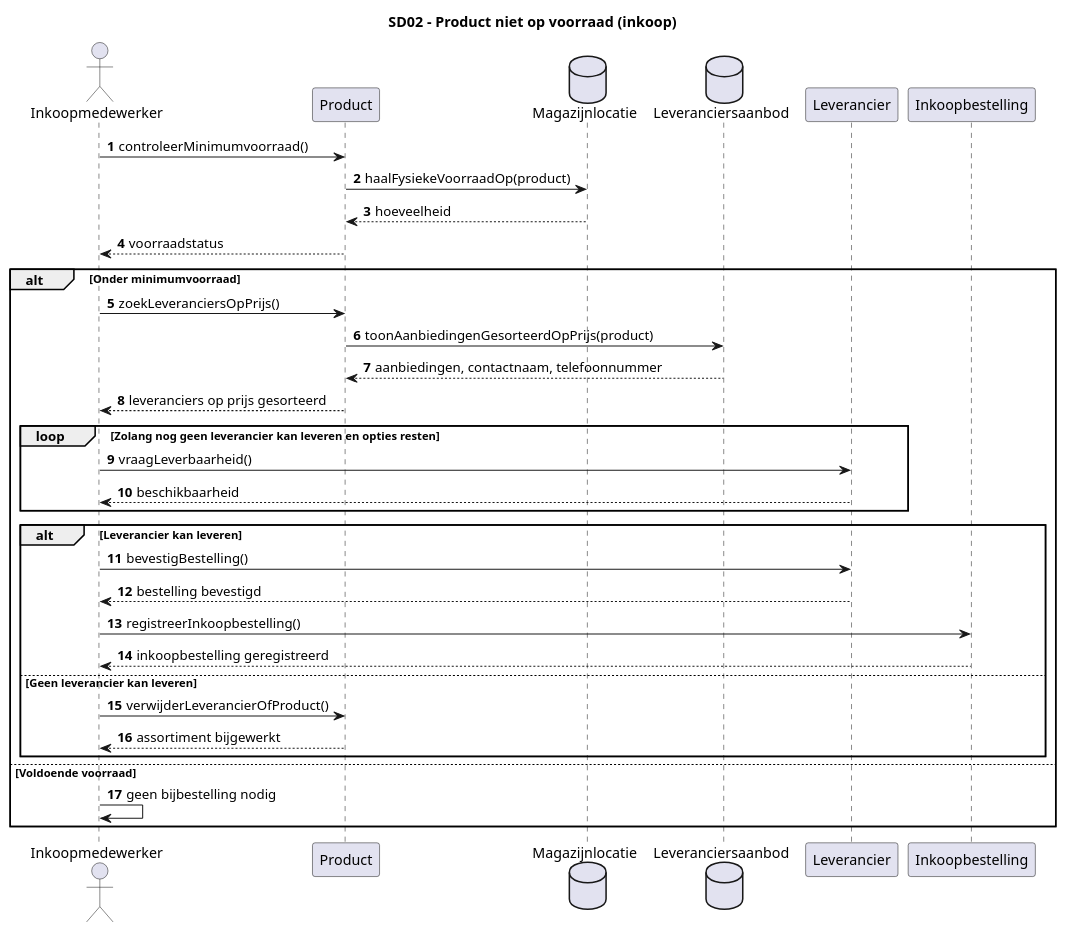
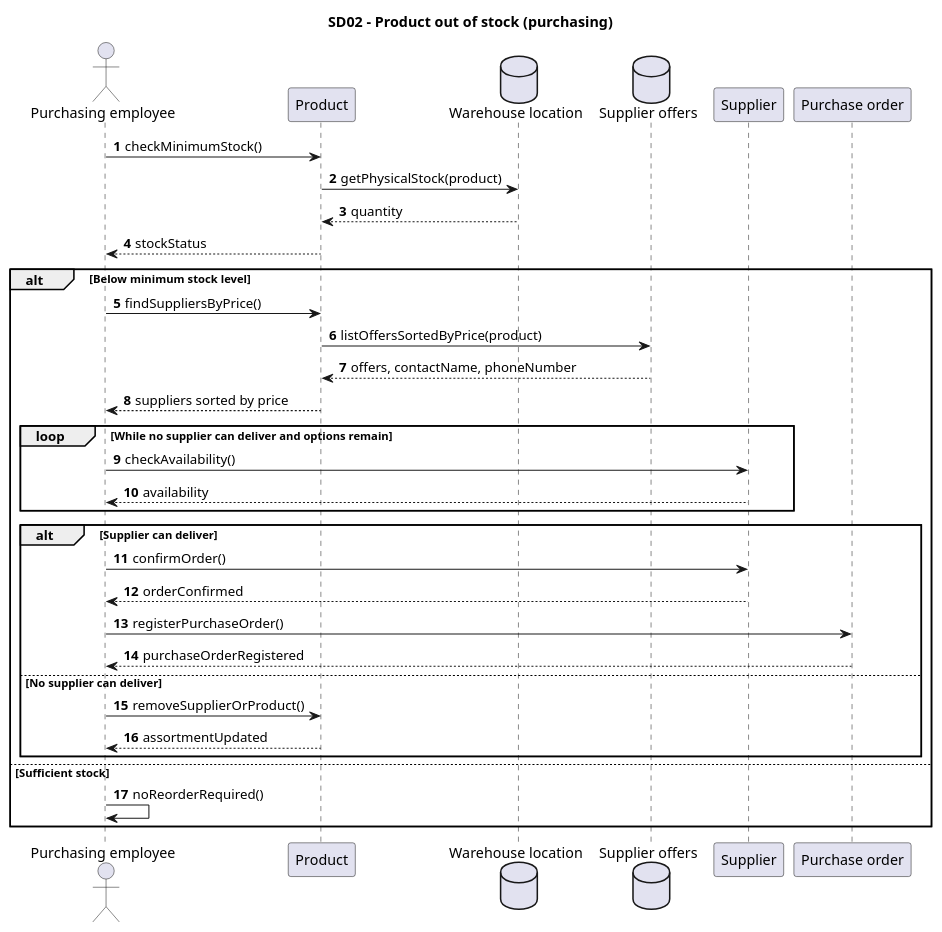
Before and after one commit to ViktorQorri/Project-Timaflu: the diagram in Documentation/Architecture/uml/src/sequence_diagrams/SD02_ProductNietOpVoorraad.puml, drawn with PlantUML. The commit also changed 9 other files, not shown here.

Commit message:
Use English throughout sequence diagrams

```diff
--- a/Documentation/Architecture/uml/src/sequence_diagrams/SD02_ProductNietOpVoorraad.puml
+++ b/Documentation/Architecture/uml/src/sequence_diagrams/SD02_ProductNietOpVoorraad.puml
@@ -1,36 +1,37 @@
 @startuml
-title SD02 - Product niet op voorraad (inkoop)
+title SD02 - Product out of stock (purchasing)
 autonumber
-actor "Inkoopmedewerker" as I
+
+actor "Purchasing employee" as I
 participant "Product" as P
-database "Magazijnlocatie" as M
-database "Leveranciersaanbod" as A
-participant "Leverancier" as L
-participant "Inkoopbestelling" as PO
+database "Warehouse location" as M
+database "Supplier offers" as A
+participant "Supplier" as L
+participant "Purchase order" as PO
 
-I -> P: controleerMinimumvoorraad()
-P -> M: haalFysiekeVoorraadOp(product)
-M --> P: hoeveelheid
-P --> I: voorraadstatus
-alt Onder minimumvoorraad
-  I -> P: zoekLeveranciersOpPrijs()
-  P -> A: toonAanbiedingenGesorteerdOpPrijs(product)
-  A --> P: aanbiedingen, contactnaam, telefoonnummer
-  P --> I: leveranciers op prijs gesorteerd
-  loop Zolang nog geen leverancier kan leveren en opties resten
-    I -> L: vraagLeverbaarheid()
-    L --> I: beschikbaarheid
+I -> P: checkMinimumStock()
+P -> M: getPhysicalStock(product)
+M --> P: quantity
+P --> I: stockStatus
+alt Below minimum stock level
+  I -> P: findSuppliersByPrice()
+  P -> A: listOffersSortedByPrice(product)
+  A --> P: offers, contactName, phoneNumber
+  P --> I: suppliers sorted by price
+  loop While no supplier can deliver and options remain
+    I -> L: checkAvailability()
+    L --> I: availability
   end
-  alt Leverancier kan leveren
-    I -> L: bevestigBestelling()
-    L --> I: bestelling bevestigd
-    I -> PO: registreerInkoopbestelling()
-    PO --> I: inkoopbestelling geregistreerd
-  else Geen leverancier kan leveren
-    I -> P: verwijderLeverancierOfProduct()
-    P --> I: assortiment bijgewerkt
+  alt Supplier can deliver
+    I -> L: confirmOrder()
+    L --> I: orderConfirmed
+    I -> PO: registerPurchaseOrder()
+    PO --> I: purchaseOrderRegistered
+  else No supplier can deliver
+    I -> P: removeSupplierOrProduct()
+    P --> I: assortmentUpdated
   end
-else Voldoende voorraad
-  I -> I: geen bijbestelling nodig
+else Sufficient stock
+  I -> I: noReorderRequired()
 end
 @enduml
```
